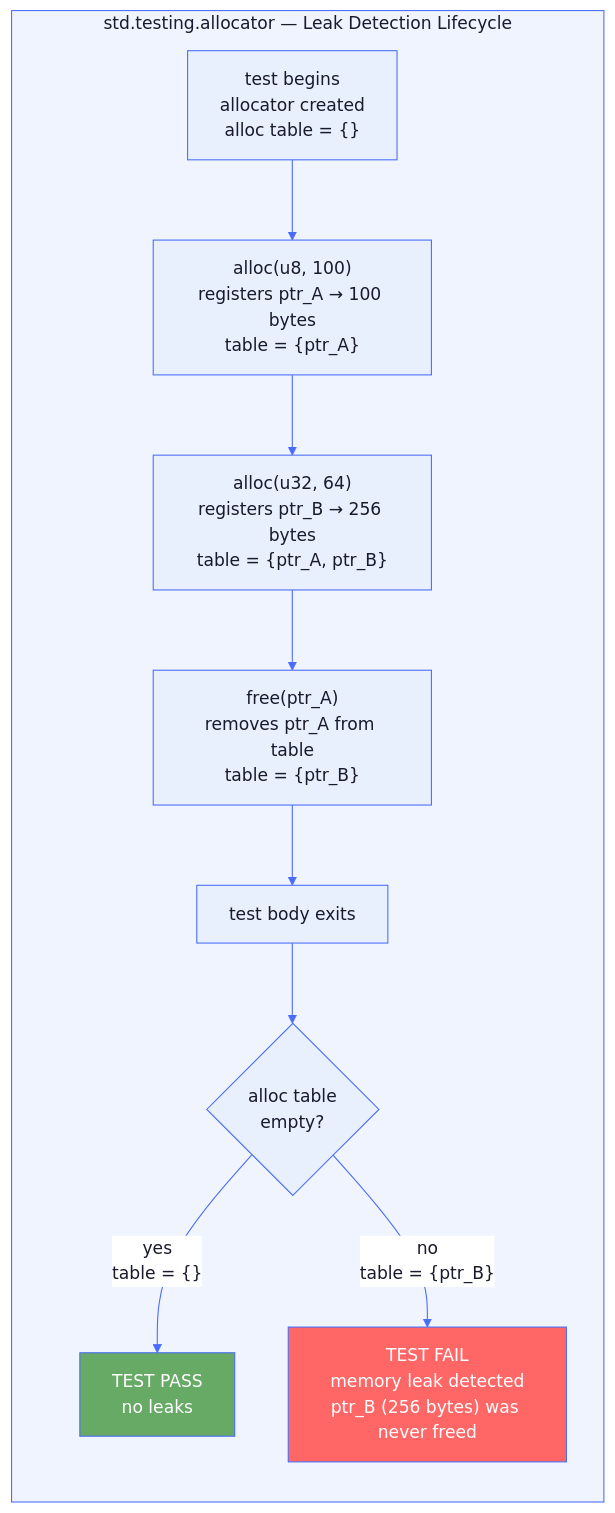
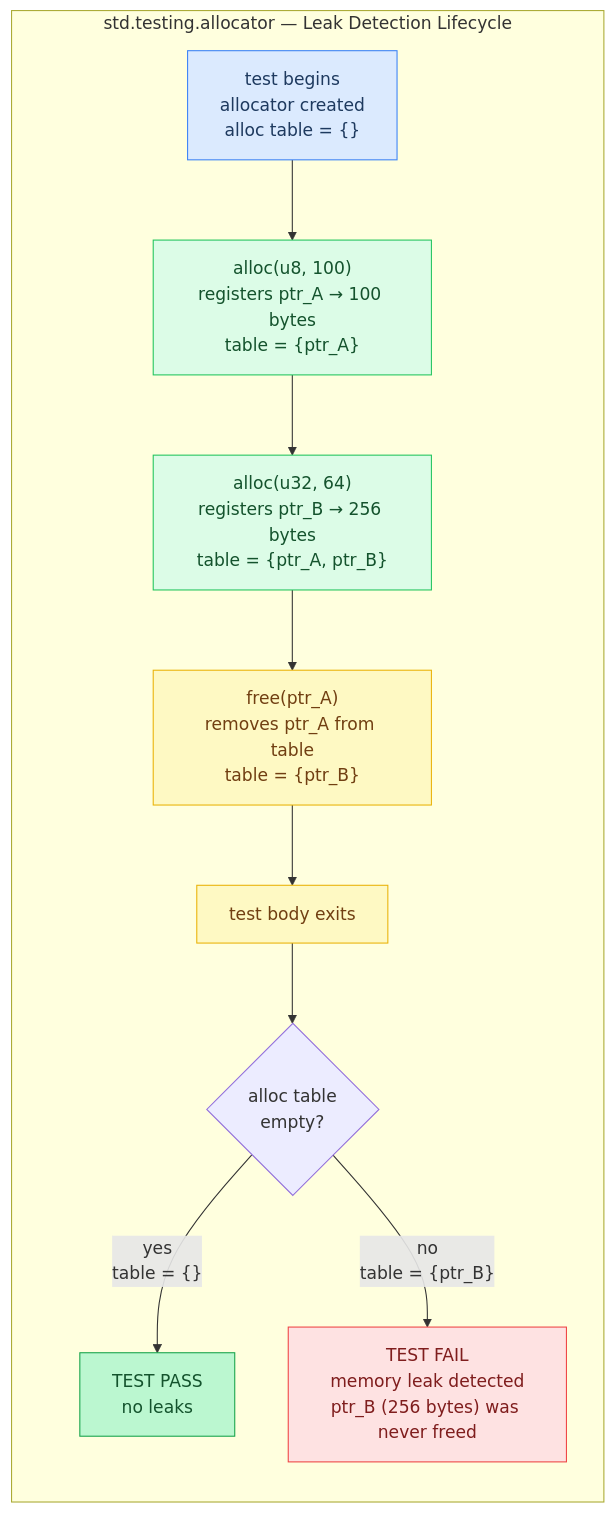
The sixth of 7 diagrams in docs/tutorial/10-memory-safety.md (maci0/agave), drawn with Mermaid before and after one commit. The commit also changed other lines of this file and 24 other files, not shown here.

First line of the commit message:
docs: convert all mermaid diagrams to classDef semantic colors

````diff
--- a/docs/tutorial/10-memory-safety.md
+++ b/docs/tutorial/10-memory-safety.md
@@ -465,34 +432,23 @@
 ```mermaid
-%%{init: {'theme': 'base', 'themeVariables': {
-  'primaryColor': '#e8f0fe',
-  'primaryTextColor': '#1a1a2e',
-  'primaryBorderColor': '#4a6cf7',
-  'lineColor': '#4a6cf7',
-  'secondaryColor': '#f0f4ff',
-  'tertiaryColor': '#f8f9ff',
-  'edgeLabelBackground': '#ffffff',
-  'clusterBkg': '#f0f4ff',
-  'clusterBorder': '#4a6cf7',
-  'titleColor': '#1a1a2e',
-  'nodeTextColor': '#1a1a2e',
-  'fontFamily': 'ui-monospace, SFMono-Regular, monospace'
-}}}%%
 flowchart TD
+    classDef setup     fill:#dbeafe,stroke:#3b82f6,color:#1e3a5f
+    classDef sync      fill:#dcfce7,stroke:#22c55e,color:#14532d
+    classDef migration fill:#fef9c3,stroke:#eab308,color:#713f12
+    classDef success   fill:#bbf7d0,stroke:#16a34a,color:#14532d
+    classDef danger    fill:#fee2e2,stroke:#ef4444,color:#7f1d1d
+    classDef optional  fill:#f3e8ff,stroke:#9333ea,color:#581c87
+
     subgraph TestAllocator["std.testing.allocator — Leak Detection Lifecycle"]
         direction TB
-        T0["test begins\nallocator created\nalloc table = {}"]
+        T0["test begins\nallocator created\nalloc table = {}"]:::setup
 
-        T0 --> A1["alloc(u8, 100)\nregisters ptr_A → 100 bytes\ntable = {ptr_A}"]
-        A1 --> A2["alloc(u32, 64)\nregisters ptr_B → 256 bytes\ntable = {ptr_A, ptr_B}"]
-        A2 --> F1["free(ptr_A)\nremoves ptr_A from table\ntable = {ptr_B}"]
-        F1 --> TE["test body exits"]
+        T0 --> A1["alloc(u8, 100)\nregisters ptr_A → 100 bytes\ntable = {ptr_A}"]:::sync
+        A1 --> A2["alloc(u32, 64)\nregisters ptr_B → 256 bytes\ntable = {ptr_A, ptr_B}"]:::sync
+        A2 --> F1["free(ptr_A)\nremoves ptr_A from table\ntable = {ptr_B}"]:::migration
+        F1 --> TE["test body exits"]:::migration
 
         TE --> CHECK{"alloc table\nempty?"}
-        CHECK -- "yes\ntable = {}" --> PASS["TEST PASS\nno leaks"]
-        CHECK -- "no\ntable = {ptr_B}" --> FAIL["TEST FAIL\nmemory leak detected\nptr_B (256 bytes) was never freed"]
+        CHECK -- "yes\ntable = {}" --> PASS["TEST PASS\nno leaks"]:::success
+        CHECK -- "no\ntable = {ptr_B}" --> FAIL["TEST FAIL\nmemory leak detected\nptr_B (256 bytes) was never freed"]:::danger
     end
-
-    style PASS fill:#6a6,color:#fff
-    style FAIL fill:#f66,color:#fff
-    style T0 fill:#e8f0fe,stroke:#4a6cf7
 ```
````
